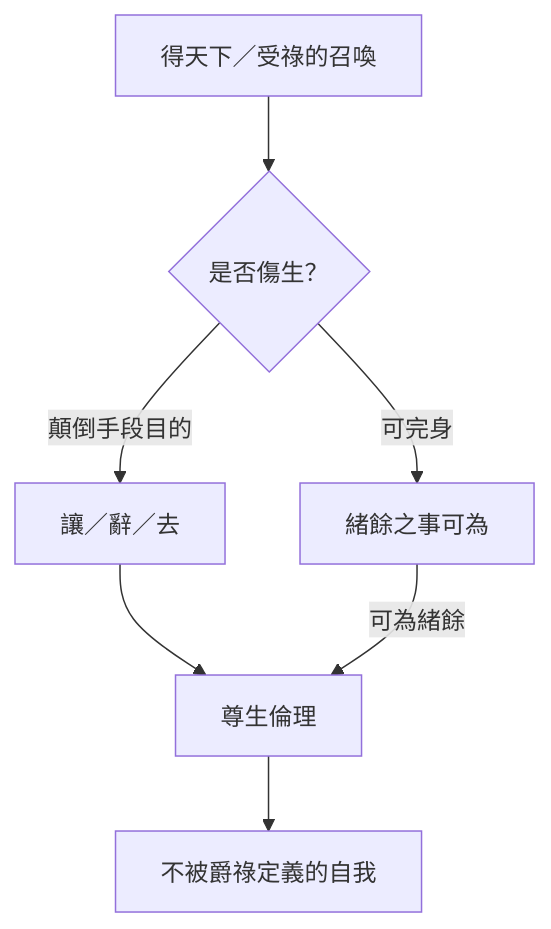
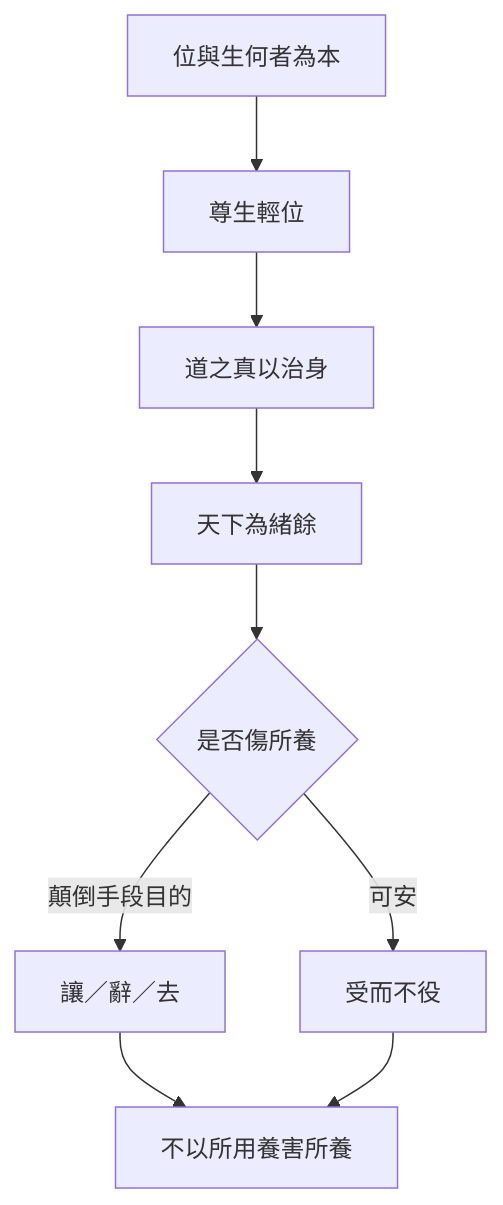
Before and after one commit to show0621/zhuangzi-atlas: the diagram in content/chapters/03-雜篇/28-讓王.md, drawn with Mermaid. The commit also changed other lines of this file and 61 other files, not shown here.

First line of the commit message:
editorial: §16 心智圖改為思想收束，與結構圖分工

````diff
--- a/content/chapters/03-雜篇/28-讓王.md
+++ b/content/chapters/03-雜篇/28-讓王.md
@@ -199,9 +200,11 @@
 ```mermaid
-flowchart TD
-  A[得天下／受祿的召喚] --> B{是否傷生？}
-  B -->|顛倒手段目的| C[讓／辭／去]
-  B -->|可完身| D[緒餘之事可為]
-  C --> E[尊生倫理]
-  D -->|可為緒餘| E[尊生倫理]
-  E --> F[不被爵祿定義的自我]
+flowchart TB
+  Q[位與生何者為本] --> Z[尊生輕位]
+  Z --> D[道之真以治身]
+  D --> X[天下為緒餘]
+  X --> C{是否傷所養}
+  C -->|顛倒手段目的| L[讓／辭／去]
+  C -->|可安| K[受而不役]
+  L --> R[不以所用養害所養]
+  K --> R
 ```
````
